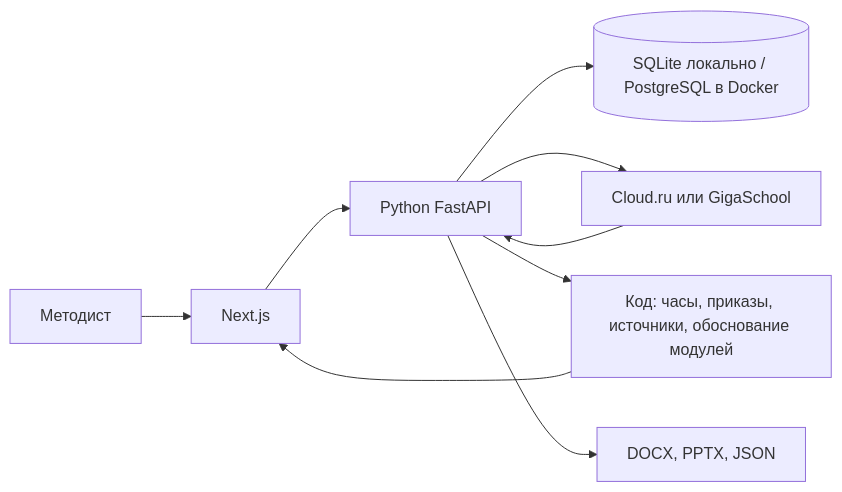
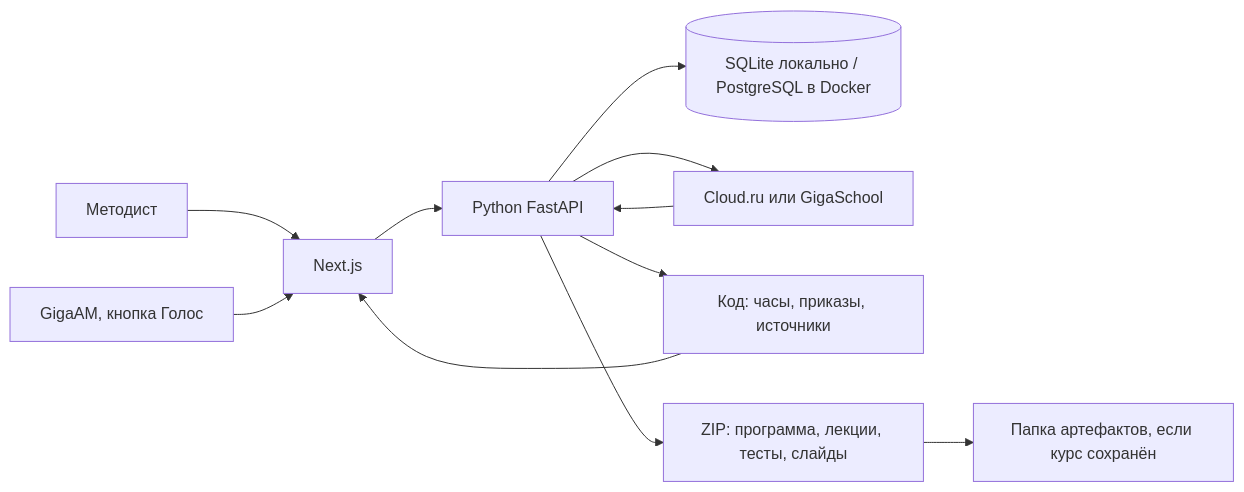
Before and after one commit to fairyofmiracle/edu_course_agent: the first of 2 diagrams in docs/architecture.md, drawn with Mermaid. The commit also changed other lines of this file and 23 other files, not shown here.

````diff
--- a/docs/architecture.md
+++ b/docs/architecture.md
@@ -5,11 +5,13 @@
 ```mermaid
 flowchart LR
   User[Методист] --> UI[Next.js]
   UI --> API[Python FastAPI]
   API --> DB[(SQLite локально / PostgreSQL в Docker)]
   API --> Model[Cloud.ru или GigaSchool]
   Model --> API
-  API --> Rules[Код: часы, приказы, источники, обоснование модулей]
+  Voice[GigaAM, кнопка Голос] --> UI
+  API --> Rules[Код: часы, приказы, источники]
   Rules --> UI
-  API --> Exports[DOCX, PPTX, JSON]
+  API --> Exports[ZIP: программа, лекции, тесты, слайды]
+  Exports --> Disk[Папка артефактов, если курс сохранён]
 ```
````
